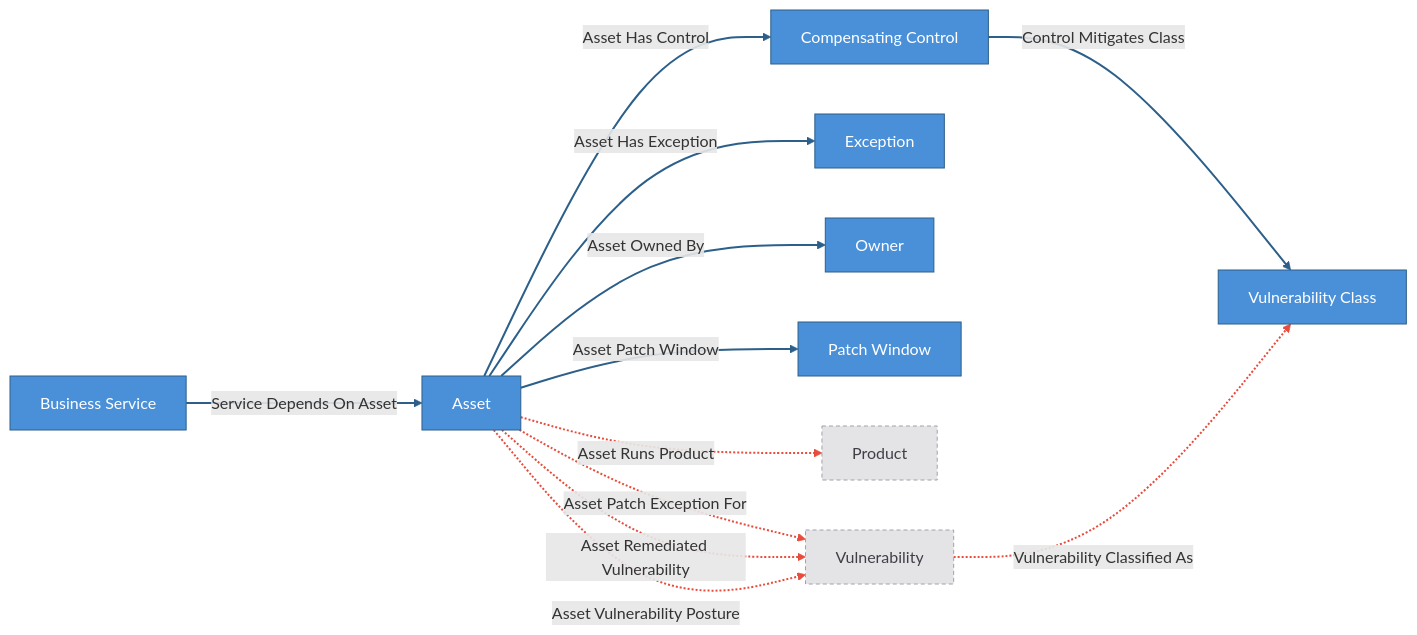
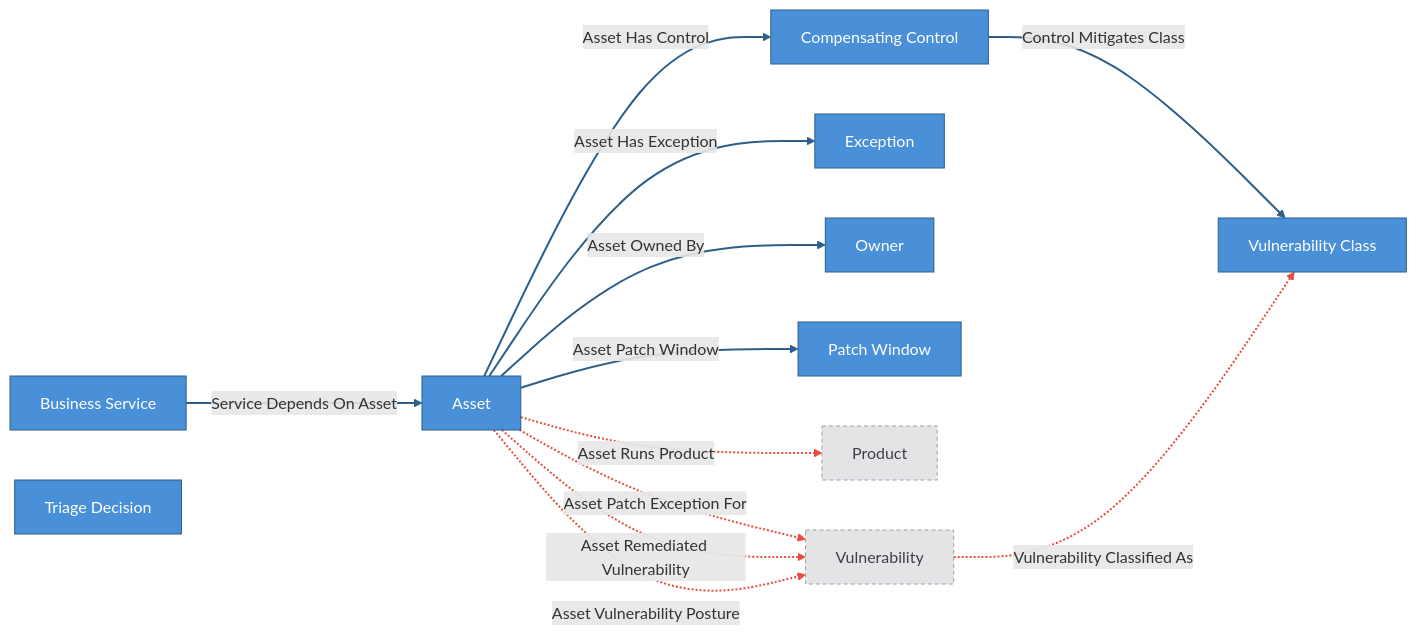
Before and after one commit to cruxible-ai/cruxible: the first of 2 diagrams in kits/kev-triage/README.md, drawn with Mermaid. The commit also changed other lines of this file and 21 other files, not shown here.

````diff
--- a/kits/kev-triage/README.md
+++ b/kits/kev-triage/README.md
@@ -46,35 +46,36 @@
 ```mermaid
 flowchart LR
   classDef canonicalEntity fill:#4a90d9,stroke:#2c5f8a,color:#fff
   classDef governedEntity fill:#e67e22,stroke:#a0521c,color:#fff
   classDef baseEntity fill:#e4e4e7,stroke:#a1a1aa,color:#3f3f46,stroke-dasharray: 4 3
 
   entity_Asset["Asset"]
   entity_BusinessService["Business Service"]
   entity_CompensatingControl["Compensating Control"]
   entity_Exception["Exception"]
   entity_Owner["Owner"]
   entity_PatchWindow["Patch Window"]
   entity_Product["Product"]
+  entity_TriageDecision["Triage Decision"]
   entity_Vulnerability["Vulnerability"]
   entity_VulnerabilityClass["Vulnerability Class"]
-  class entity_Asset,entity_BusinessService,entity_CompensatingControl,entity_Exception,entity_Owner,entity_PatchWindow,entity_VulnerabilityClass canonicalEntity
+  class entity_Asset,entity_BusinessService,entity_CompensatingControl,entity_Exception,entity_Owner,entity_PatchWindow,entity_TriageDecision,entity_VulnerabilityClass canonicalEntity
   class entity_Product,entity_Vulnerability baseEntity
 
   %% Deterministic canonical relationships
   entity_Asset -- "Asset Has Control" --> entity_CompensatingControl
   entity_Asset -- "Asset Has Exception" --> entity_Exception
   entity_Asset -- "Asset Owned By" --> entity_Owner
   entity_Asset -- "Asset Patch Window" --> entity_PatchWindow
   entity_CompensatingControl -- "Control Mitigates Class" --> entity_VulnerabilityClass
   entity_BusinessService -- "Service Depends On Asset" --> entity_Asset
 
   %% Governed proposal/review relationships
   entity_Asset -. "Asset Patch Exception For" .-> entity_Vulnerability
   entity_Asset -. "Asset Remediated Vulnerability" .-> entity_Vulnerability
   entity_Asset -. "Asset Runs Product" .-> entity_Product
   entity_Asset -. "Asset Vulnerability Posture" .-> entity_Vulnerability
   entity_Vulnerability -. "Vulnerability Classified As" .-> entity_VulnerabilityClass
   linkStyle 0,1,2,3,4,5 stroke:#2c5f8a,stroke-width:2px
   linkStyle 6,7,8,9,10 stroke:#e74c3c,stroke-width:2px
 ```
````
